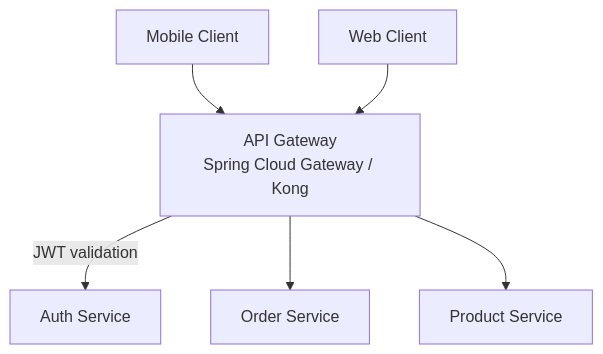
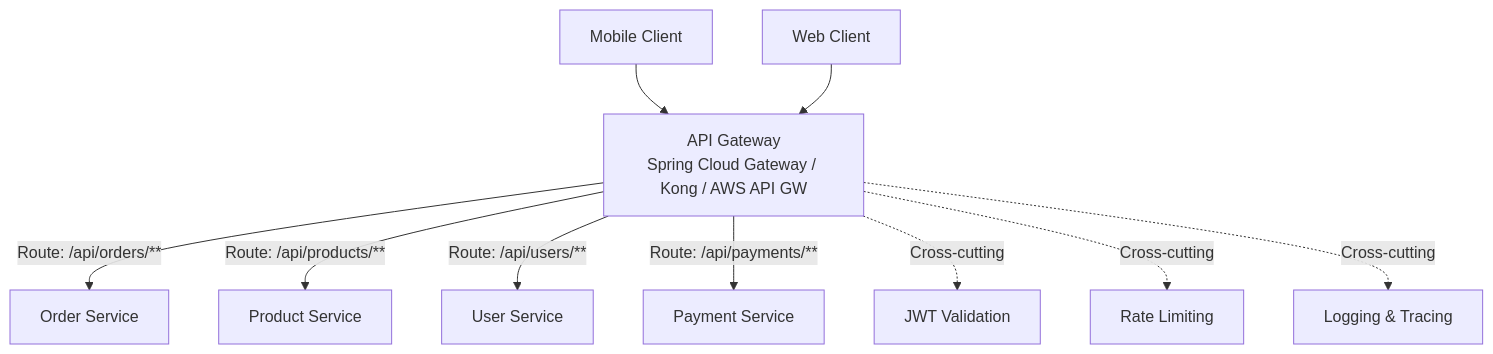
Before and after one commit to jether2011/interview-questions: the second of 11 diagrams in microservices-patterns.md, drawn with Mermaid. The commit also changed other lines of this file and 13 other files, not shown here.

````diff
--- a/microservices-patterns.md
+++ b/microservices-patterns.md
@@ -66,15 +91,18 @@
 ```mermaid
 flowchart TD
     Mobile[Mobile Client]
     Web[Web Client]
-    GW[API Gateway\nSpring Cloud Gateway / Kong]
-    Auth[Auth Service]
-    Orders[Order Service]
-    Products[Product Service]
+    GW[API Gateway\nSpring Cloud Gateway / Kong / AWS API GW]
 
     Mobile --> GW
     Web --> GW
-    GW -->|JWT validation| Auth
-    GW --> Orders
-    GW --> Products
+
+    GW -->|Route: /api/orders/**| OS[Order Service]
+    GW -->|Route: /api/products/**| PS[Product Service]
+    GW -->|Route: /api/users/**| US[User Service]
+    GW -->|Route: /api/payments/**| PAY[Payment Service]
+
+    GW -.->|Cross-cutting| Auth[JWT Validation]
+    GW -.->|Cross-cutting| RL[Rate Limiting]
+    GW -.->|Cross-cutting| Log[Logging & Tracing]
 ```
````
